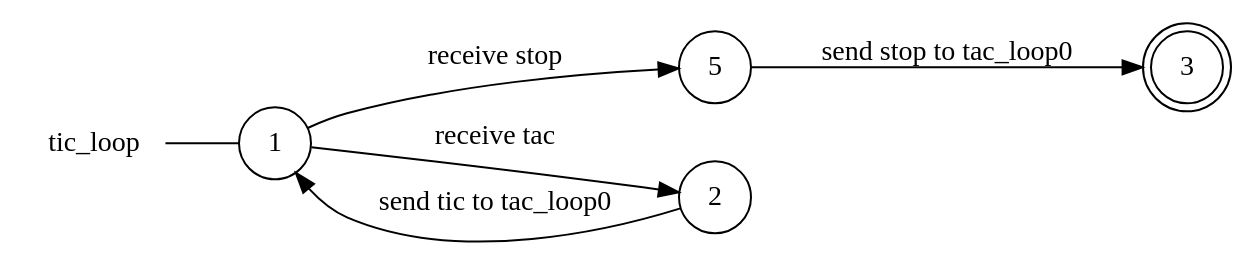
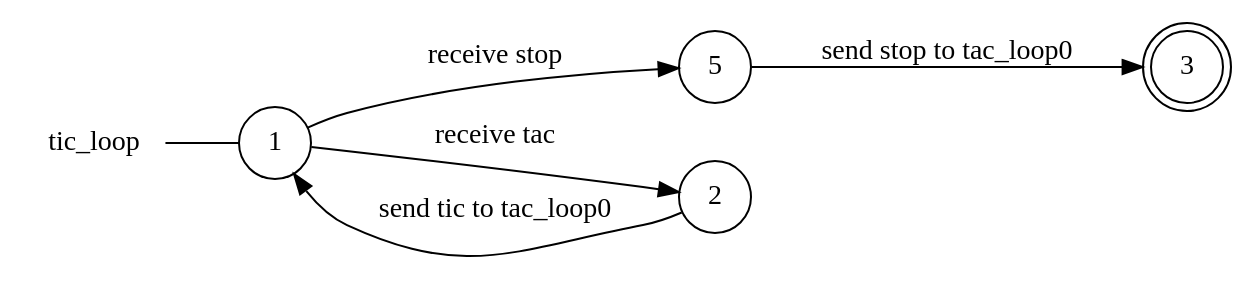
The diagram in examples/ticktack/tic_loop_local_view.dot (gabrielegenovese/chorer), drawn with Graphviz before and after one commit. The commit also changed other lines of this file and 12 other files, not shown here.

```diff
--- a/examples/ticktack/tic_loop_local_view.dot
+++ b/examples/ticktack/tic_loop_local_view.dot
@@ -1,14 +1,14 @@
 digraph tic_loop {
 	rankdir="LR";
 	n_0 [label="tic_loop", shape="plaintext"];
 	n_1 [id="5", shape=circle, label="5"];
 	n_2 [id="1", shape=circle, label="1"];
 	n_0 -> n_2 [arrowhead=none];
 	n_3 [id="2", shape=circle, label="2"];
 	n_4 [id="3", shape=doublecircle, label="3"];
 
+	n_2 -> n_3 [id="[$e|0]", label="receive tac"];
+	n_3 -> n_2 [id="[$e|6]", label="send tic to tac_loop0"];
 	n_2 -> n_1 [id="[$e|3]", label="receive stop"];
-	n_3 -> n_2 [id="[$e|6]", label="send tic to tac_loop0"];
-	n_2 -> n_3 [id="[$e|0]", label="receive tac"];
 	n_1 -> n_4 [id="[$e|4]", label="send stop to tac_loop0"];
 }
```
